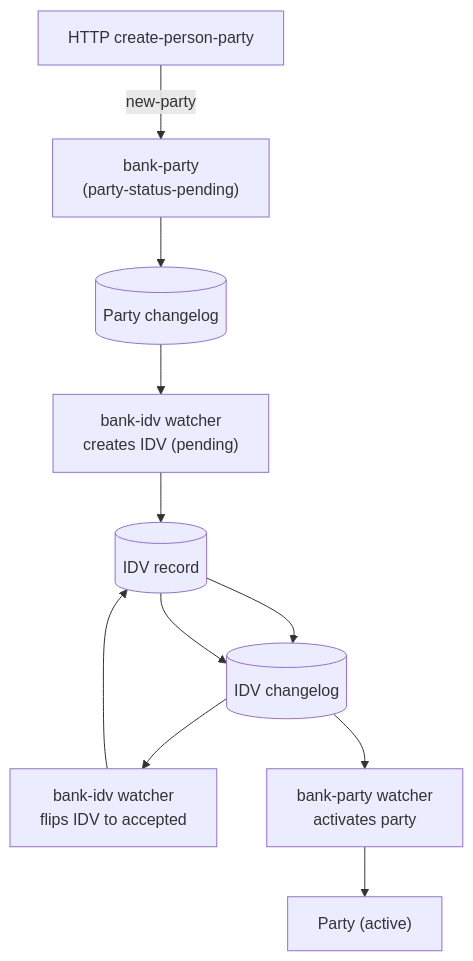
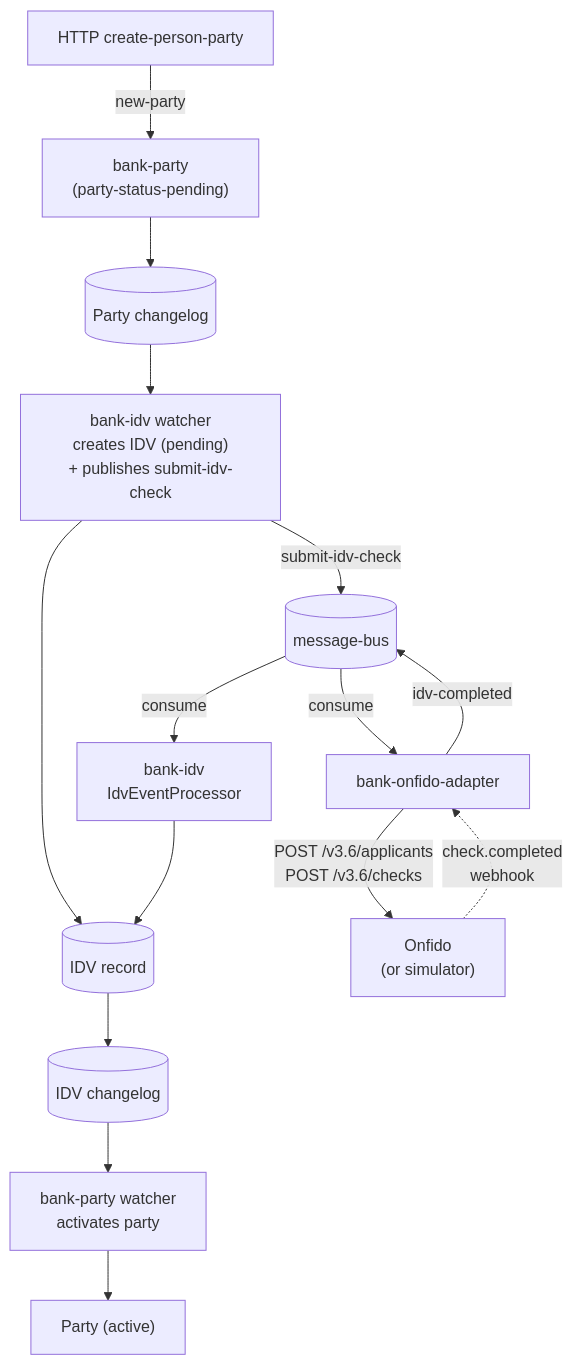
One commit to kjothen/queenswood changed the first of 2 diagrams in docs/tdd/parties.md. Above: the diagram before and after it, drawn with Mermaid. The commit also changed other lines of this file and 215 other files, not shown here.

````diff
--- a/docs/tdd/parties.md
+++ b/docs/tdd/parties.md
@@ -77,23 +105,30 @@
 ```mermaid
 graph TD
     HTTP[HTTP create-person-party]
     PARTY["bank-party<br/>(party-status-pending)"]
     PCH[("Party changelog")]
-    IDV1["bank-idv watcher<br/>creates IDV (pending)"]
+    IDV1["bank-idv watcher<br/>creates IDV (pending)<br/>+ publishes submit-idv-check"]
     IDV[("IDV record")]
+    BUS[("message-bus")]
+    ADAPTER["bank-onfido-adapter"]
+    ONFIDO["Onfido<br/>(or simulator)"]
+    EP["bank-idv<br/>IdvEventProcessor"]
     ICH[("IDV changelog")]
-    IDV2["bank-idv watcher<br/>flips IDV to accepted"]
     PARTY3["bank-party watcher<br/>activates party"]
     PARTY4["Party (active)"]
 
     HTTP -->|new-party| PARTY
     PARTY --> PCH
     PCH --> IDV1
     IDV1 --> IDV
-    IDV --> ICH
-    ICH --> IDV2
-    IDV2 --> IDV
+    IDV1 -->|submit-idv-check| BUS
+    BUS -->|consume| ADAPTER
+    ADAPTER -->|POST /v3.6/applicants<br/>POST /v3.6/checks| ONFIDO
+    ONFIDO -.->|check.completed<br/>webhook| ADAPTER
+    ADAPTER -->|idv-completed| BUS
+    BUS -->|consume| EP
+    EP --> IDV
     IDV --> ICH
     ICH --> PARTY3
     PARTY3 --> PARTY4
 ```
````
